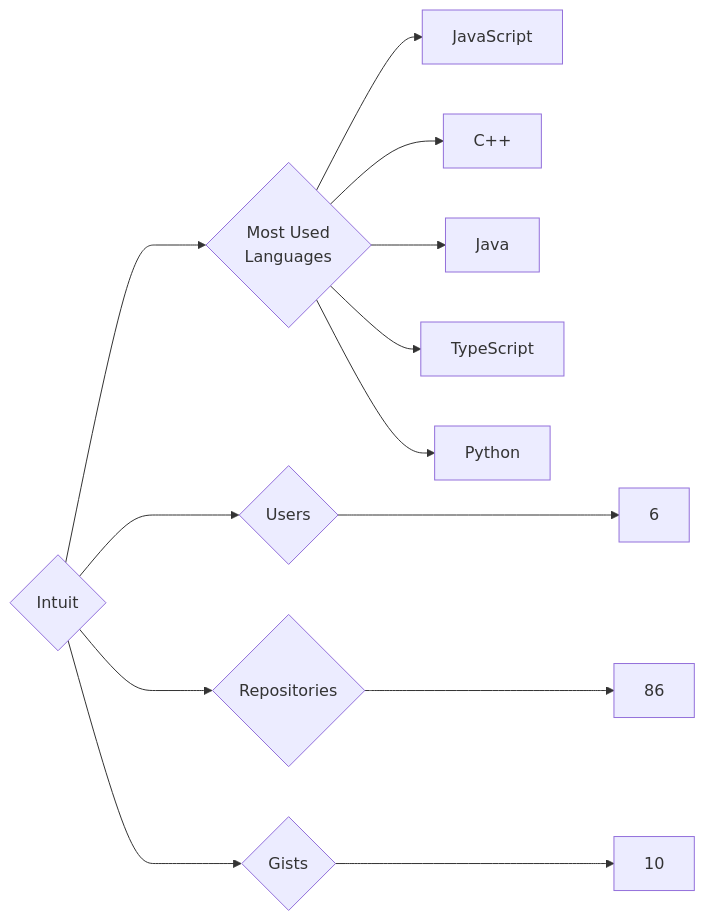
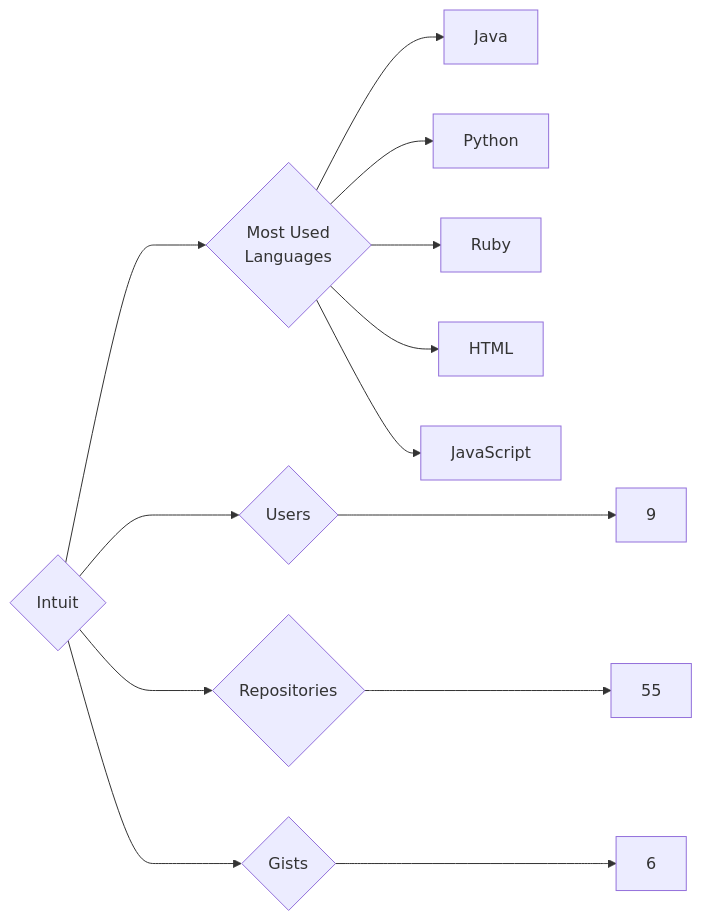
One commit to trickest/insiders changed the diagram in targets/Intuit/README.md. Above: the diagram before and after it, drawn with Mermaid. The commit also changed 880 other files, not shown here.

````diff
--- a/targets/Intuit/README.md
+++ b/targets/Intuit/README.md
@@ -3,13 +3,13 @@
 ```mermaid
 graph LR
 COMPANY_NAME{Intuit}
-COMPANY_NAME ---> U{Users} ---> UN[6]
-COMPANY_NAME ---> R{Repositories} ---> RN[86]
-COMPANY_NAME ---> G{Gists} ---> GN[10]
+COMPANY_NAME ---> U{Users} ---> UN[9]
+COMPANY_NAME ---> R{Repositories} ---> RN[55]
+COMPANY_NAME ---> G{Gists} ---> GN[6]
 COMPANY_NAME ---> ML{Most Used<br>Languages}
+ML --> Java[Java]
+ML --> Python[Python]
+ML --> Ruby[Ruby]
+ML --> HTML[HTML]
 ML --> JavaScript[JavaScript]
-ML --> C++[C++]
-ML --> Java[Java]
-ML --> TypeScript[TypeScript]
-ML --> Python[Python]
 ```
````
